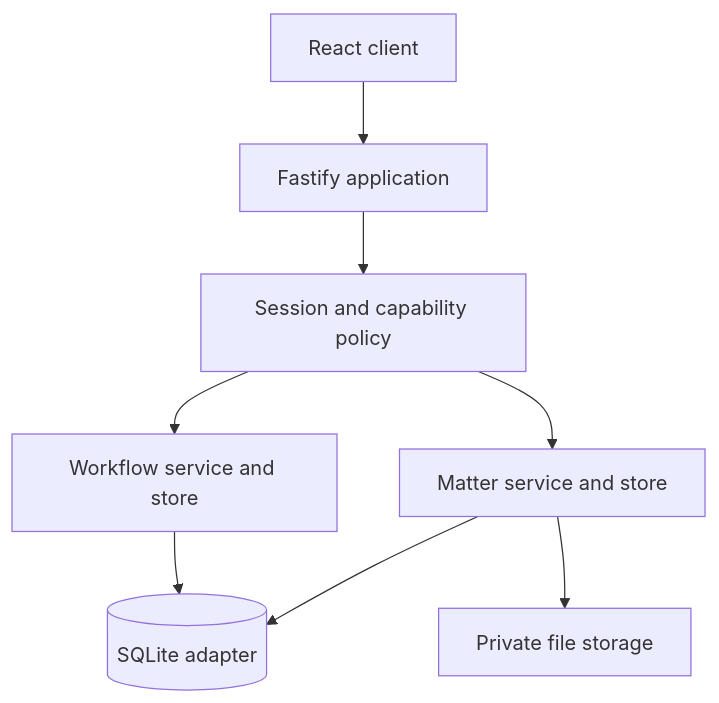
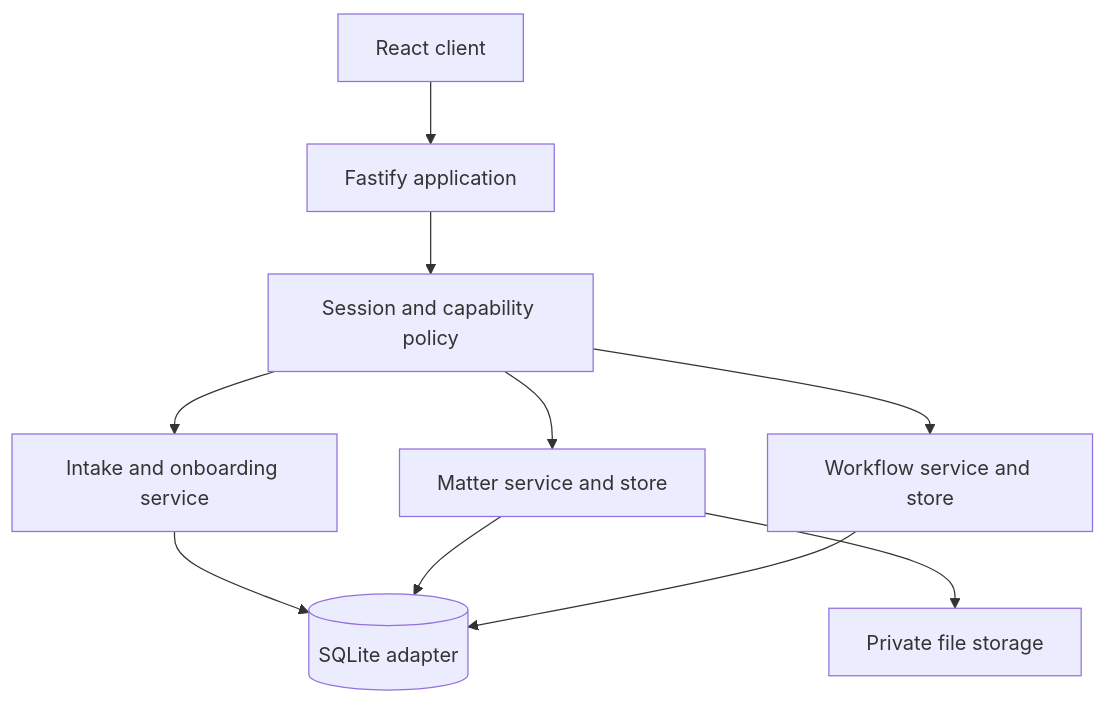
Before and after one commit to Ments123/SwiftClaim: the diagram in README.md, drawn with Mermaid. The commit also changed other lines of this file and 40 other files, not shown here.

First line of the commit message:
feat: add governed claimant intake and onboarding

````diff
--- a/README.md
+++ b/README.md
@@ -92,10 +118,12 @@
 ```mermaid
 flowchart TD
   Browser[React client] --> API[Fastify application]
   API --> Policy[Session and capability policy]
+  Policy --> Intake["Intake and onboarding service"]
   Policy --> Matter["Matter service and store"]
   Policy --> Workflow["Workflow service and store"]
+  Intake --> DB[(SQLite adapter)]
   Matter --> DB[(SQLite adapter)]
   Workflow --> DB
   Matter --> Files[Private file storage]
 ```
````
